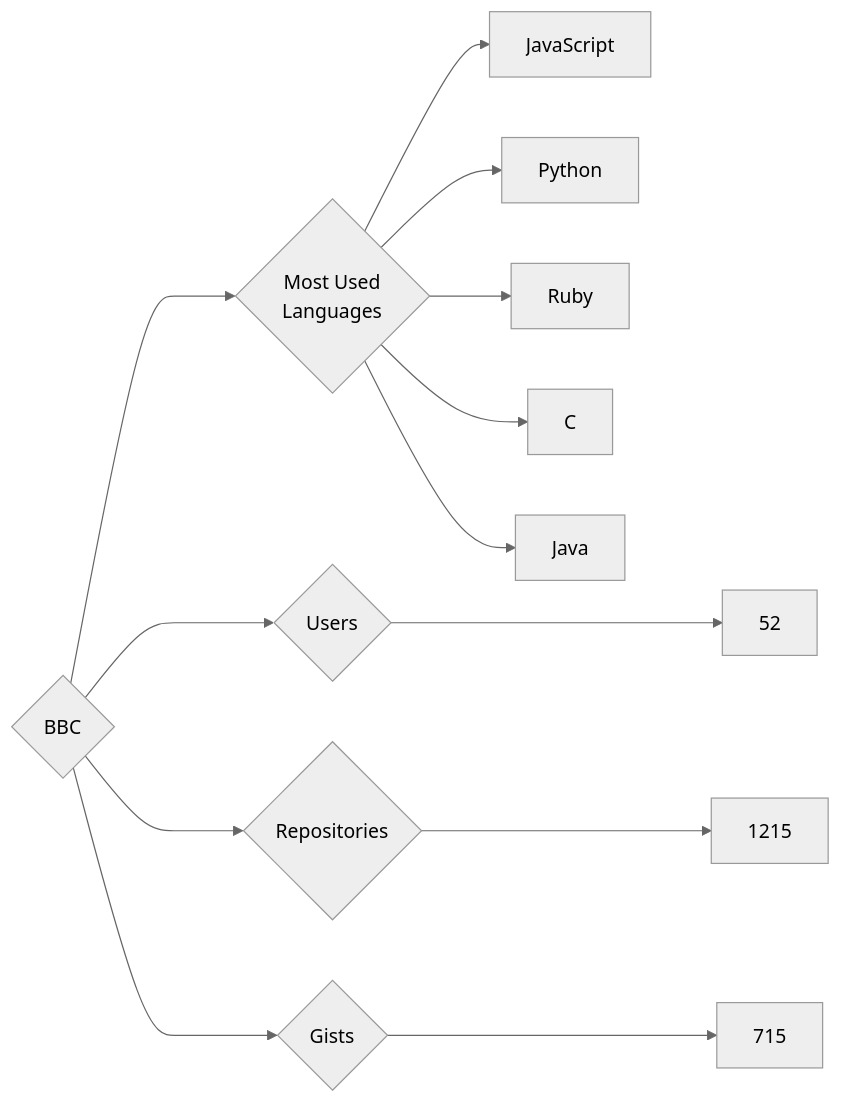
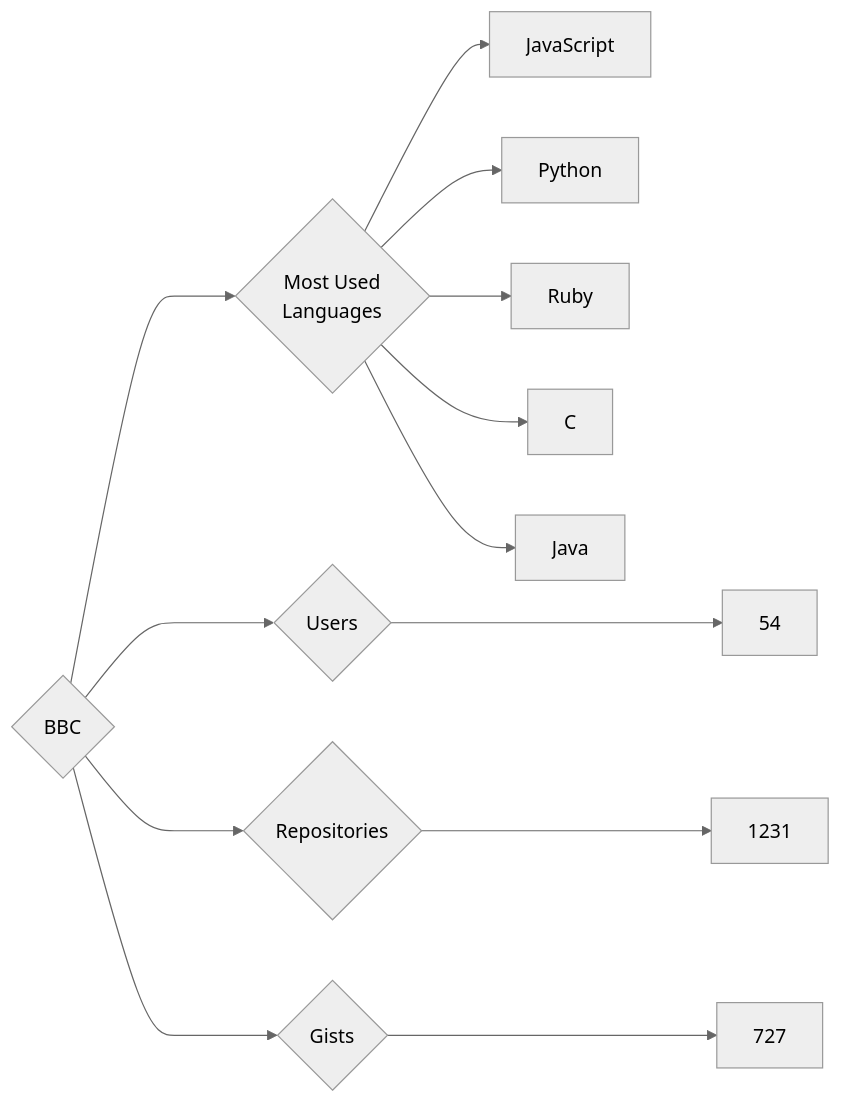
The diagram in targets/BBC/README.md (trickest/insiders), drawn with Mermaid (neutral theme) before and after one commit. The commit also changed 1030 other files, not shown here.

````diff
--- a/targets/BBC/README.md
+++ b/targets/BBC/README.md
@@ -3,13 +3,13 @@
 ```mermaid
 graph LR
 COMPANY_NAME{BBC}
-COMPANY_NAME ---> U{Users} ---> UN[52]
-COMPANY_NAME ---> R{Repositories} ---> RN[1215]
-COMPANY_NAME ---> G{Gists} ---> GN[715]
+COMPANY_NAME ---> U{Users} ---> UN[54]
+COMPANY_NAME ---> R{Repositories} ---> RN[1231]
+COMPANY_NAME ---> G{Gists} ---> GN[727]
 COMPANY_NAME ---> ML{Most Used<br>Languages}
 ML --> JavaScript[JavaScript]
 ML --> Python[Python]
 ML --> Ruby[Ruby]
 ML --> C[C]
 ML --> Java[Java]
 ```
````
